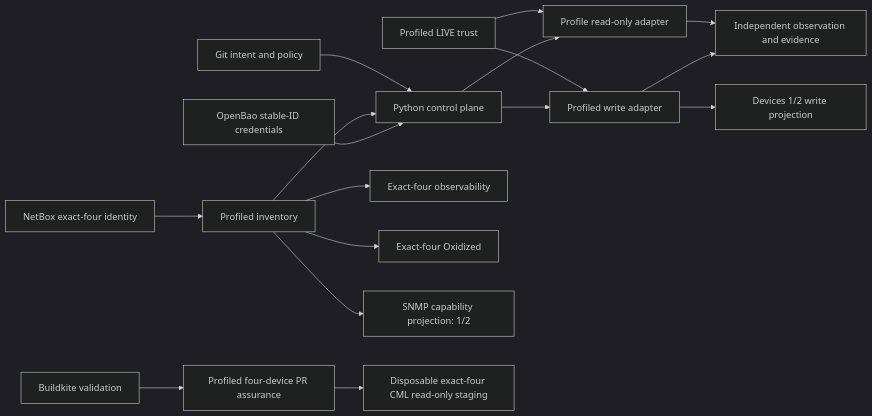
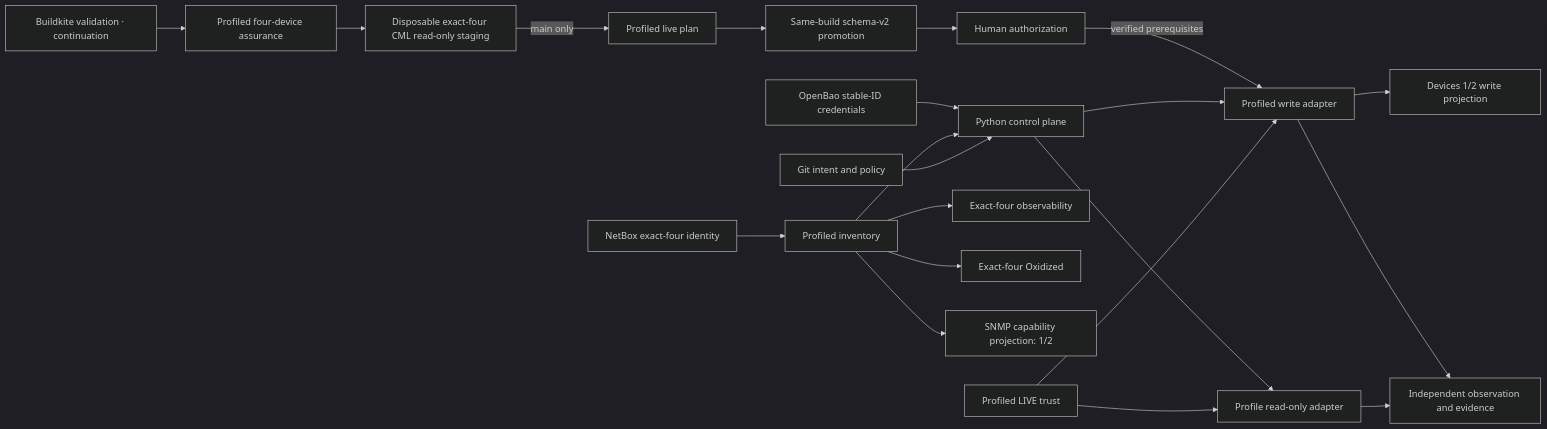
The diagram in docs/architecture/overview.md (Atheer-Kareem/network-change-delivery-platform), drawn with Mermaid (dark theme) before and after one commit. The commit also changed other lines of this file and 40 other files, not shown here.

````diff
--- a/docs/architecture/overview.md
+++ b/docs/architecture/overview.md
@@ -8,19 +8,23 @@
 ```mermaid
 flowchart LR
   GH[Git intent and policy] --> PY[Python control plane]
   NB[NetBox exact-four identity] --> PI[Profiled inventory]
   PI --> PY
   OB[OpenBao stable-ID credentials] --> PY
   TR[Profiled LIVE trust] --> RO[Profile read-only adapter]
   TR --> WR[Profiled write adapter]
   PY --> RO
   PY --> WR
   WR --> LV[Devices 1/2 write projection]
   RO --> EV[Independent observation and evidence]
   WR --> EV
   PI --> OBS[Exact-four observability]
   PI --> OX[Exact-four Oxidized]
   PI --> SNMP[SNMP capability projection: 1/2]
-  BK[Buildkite validation] --> BA[Profiled four-device PR assurance]
+  BK[Buildkite validation · continuation] --> BA[Profiled four-device assurance]
   BA --> CS[Disposable exact-four CML read-only staging]
+  CS -->|main only| PL[Profiled live plan]
+  PL --> PM[Same-build schema-v2 promotion]
+  PM --> HB[Human authorization]
+  HB -->|verified prerequisites| WR
 ```
````
